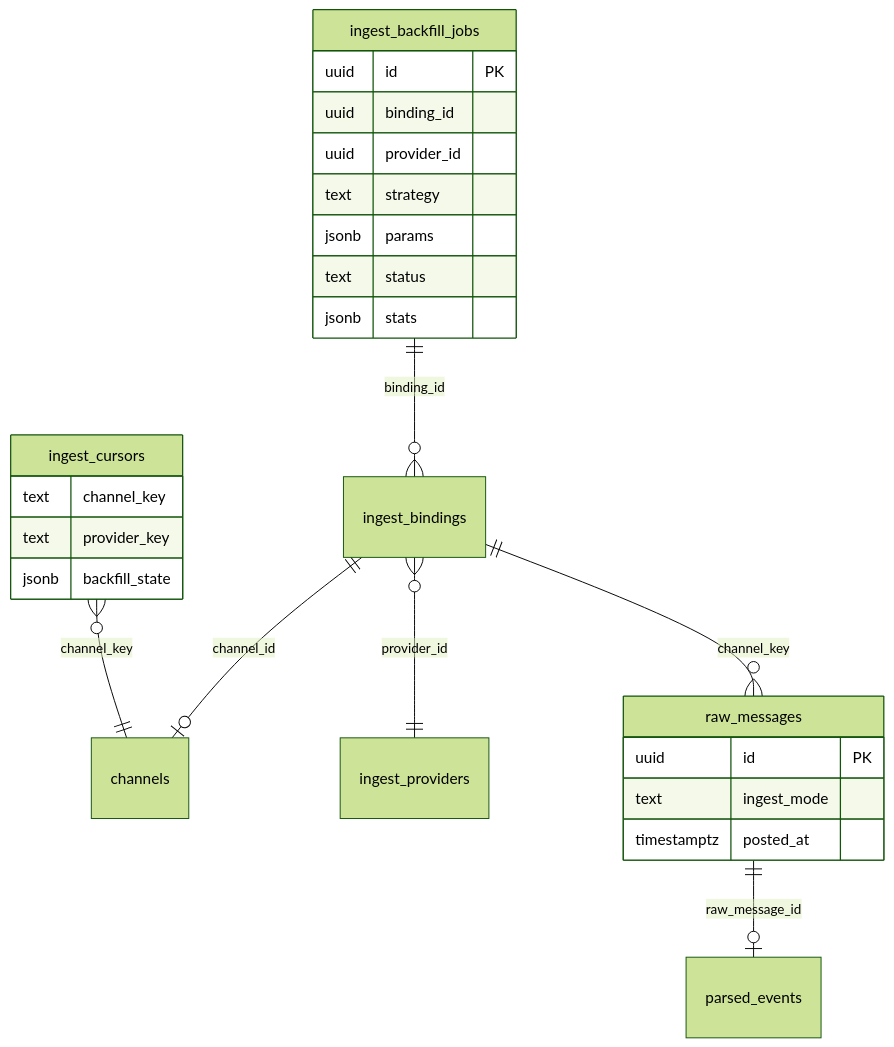
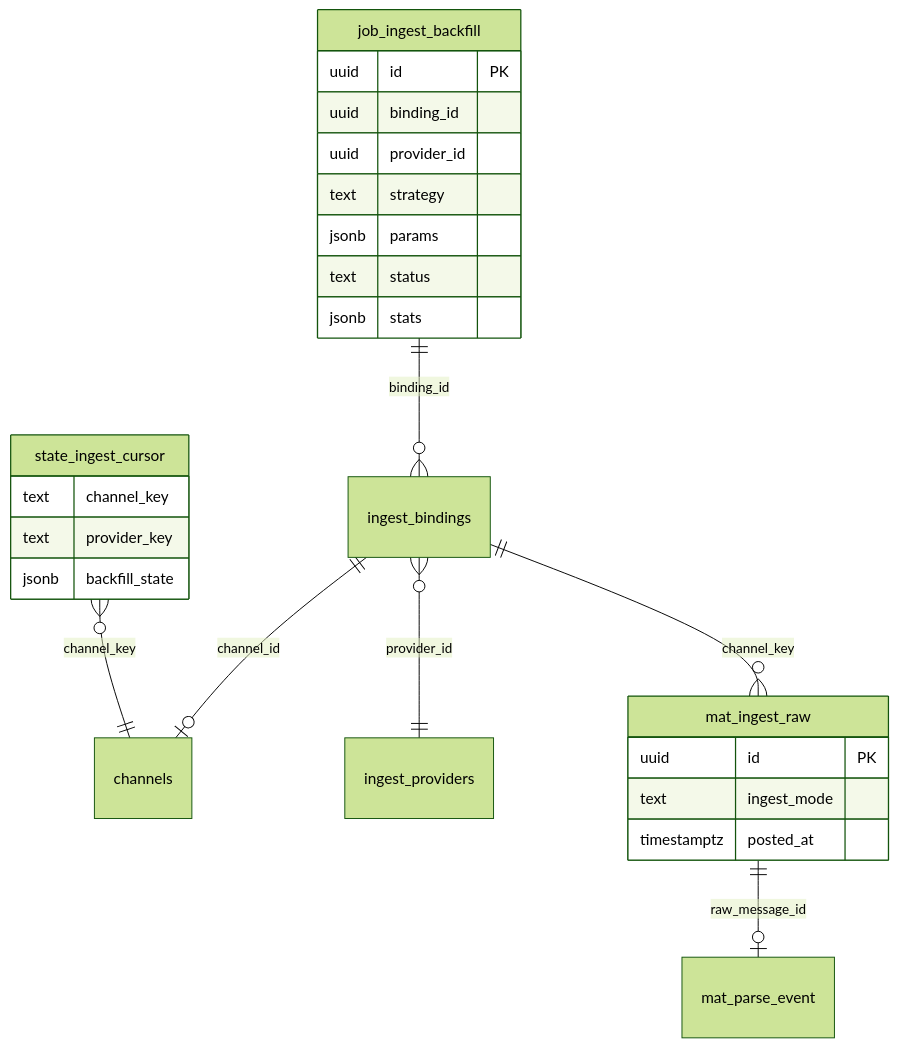
Before and after one commit to exclusiveLogin/radar: the seventh of 7 diagrams in docs/backfill-v2-pipeline.md, drawn with Mermaid (forest theme). The commit also changed other lines of this file and 312 other files, not shown here.

````diff
--- a/docs/backfill-v2-pipeline.md
+++ b/docs/backfill-v2-pipeline.md
@@ -500,31 +500,31 @@
 ```mermaid
 erDiagram
-  ingest_backfill_jobs ||--o{ ingest_bindings : binding_id
+  job_ingest_backfill ||--o{ ingest_bindings : binding_id
   ingest_bindings ||--o| channels : channel_id
   ingest_bindings }o--|| ingest_providers : provider_id
-  ingest_bindings ||--o{ raw_messages : channel_key
-  ingest_cursors }o--|| channels : channel_key
-  raw_messages ||--o| parsed_events : raw_message_id
+  ingest_bindings ||--o{ mat_ingest_raw : channel_key
+  state_ingest_cursor }o--|| channels : channel_key
+  mat_ingest_raw ||--o| mat_parse_event : raw_message_id
 
-  ingest_backfill_jobs {
+  job_ingest_backfill {
     uuid id PK
     uuid binding_id
     uuid provider_id
     text strategy
     jsonb params
     text status
     jsonb stats
   }
 
-  ingest_cursors {
+  state_ingest_cursor {
     text channel_key
     text provider_key
     jsonb backfill_state
   }
 
-  raw_messages {
+  mat_ingest_raw {
     uuid id PK
     text ingest_mode
     timestamptz posted_at
   }
 ```
````
